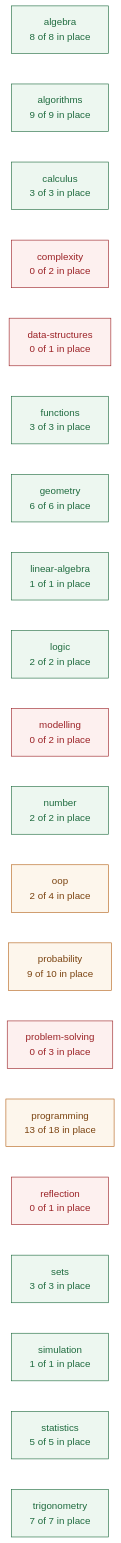
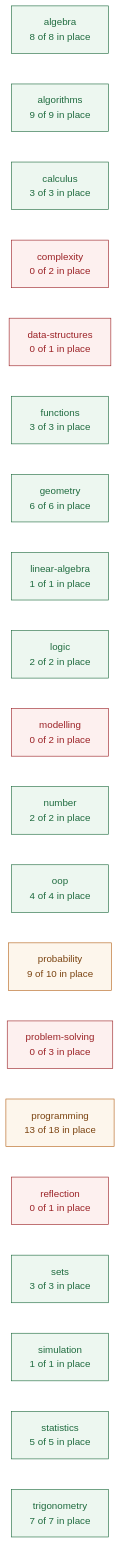
One commit to deweydex/dewlab changed the first of 3 diagrams in planning/CURRICULUM_MAP.md. Above: the diagram before and after it, drawn with Mermaid. The commit also changed other lines of this file and 4 other files, not shown here.

````diff
--- a/planning/CURRICULUM_MAP.md
+++ b/planning/CURRICULUM_MAP.md
@@ -52,30 +52,30 @@
 ```mermaid
 graph LR
   algebra["algebra<br/>8 of 8 in place"]
   algorithms["algorithms<br/>9 of 9 in place"]
   calculus["calculus<br/>3 of 3 in place"]
   complexity["complexity<br/>0 of 2 in place"]
   data_structures["data-structures<br/>0 of 1 in place"]
   functions["functions<br/>3 of 3 in place"]
   geometry["geometry<br/>6 of 6 in place"]
   linear_algebra["linear-algebra<br/>1 of 1 in place"]
   logic["logic<br/>2 of 2 in place"]
   modelling["modelling<br/>0 of 2 in place"]
   number["number<br/>2 of 2 in place"]
-  oop["oop<br/>2 of 4 in place"]
+  oop["oop<br/>4 of 4 in place"]
   probability["probability<br/>9 of 10 in place"]
   problem_solving["problem-solving<br/>0 of 3 in place"]
   programming["programming<br/>13 of 18 in place"]
   reflection["reflection<br/>0 of 1 in place"]
   sets["sets<br/>3 of 3 in place"]
   simulation["simulation<br/>1 of 1 in place"]
   statistics["statistics<br/>5 of 5 in place"]
   trigonometry["trigonometry<br/>7 of 7 in place"]
 
   classDef full fill:#edf7f0,stroke:#1f6b3f,color:#1f6b3f;
   classDef part fill:#fdf6ec,stroke:#b5651d,color:#7a4310;
   classDef none fill:#fdf0ef,stroke:#9b2226,color:#9b2226;
-  class algebra,algorithms,calculus,functions,geometry,linear_algebra,logic,number,sets,simulation,statistics,trigonometry full;
-  class oop,probability,programming part;
+  class algebra,algorithms,calculus,functions,geometry,linear_algebra,logic,number,oop,sets,simulation,statistics,trigonometry full;
+  class probability,programming part;
   class complexity,data_structures,modelling,problem_solving,reflection none;
 ```
````
